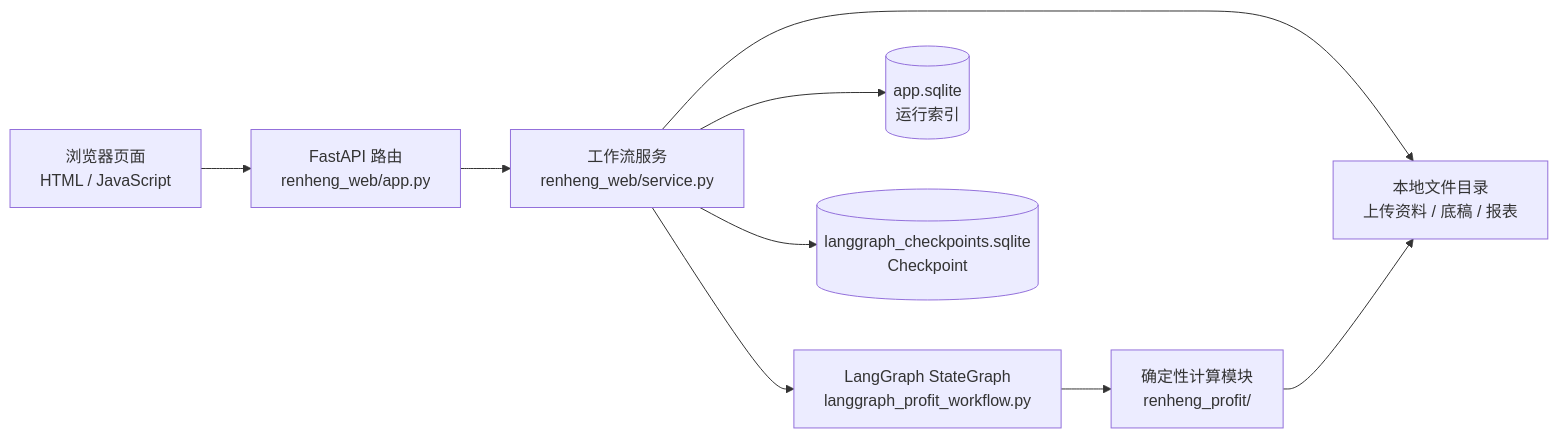
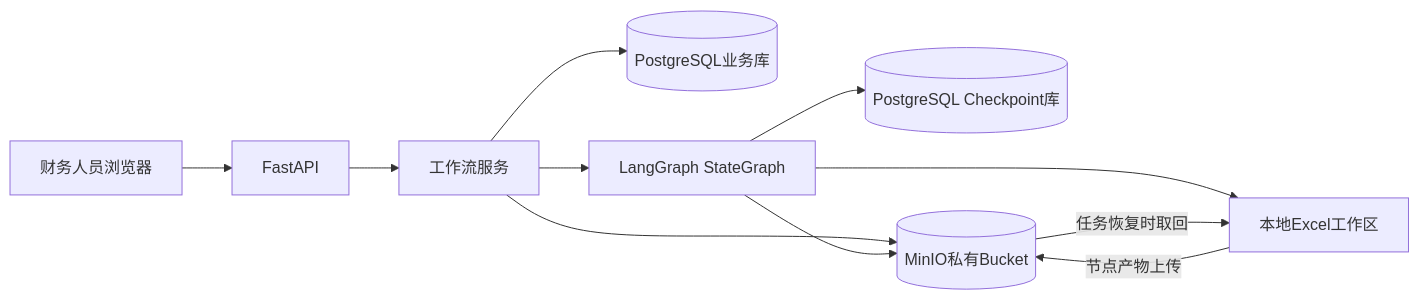
The diagram in README.md (wanghao-ship-it/consolidated-profit), drawn with Mermaid before and after one commit. The commit also changed other lines of this file and 24 other files, not shown here.

Commit message:
Migrate workflow storage to PostgreSQL and MinIO

````diff
--- a/README.md
+++ b/README.md
@@ -21,11 +7,13 @@
 ```mermaid
 flowchart LR
-    U[浏览器页面<br/>HTML / JavaScript] --> A[FastAPI 路由<br/>renheng_web/app.py]
-    A --> S[工作流服务<br/>renheng_web/service.py]
-    S --> G[LangGraph StateGraph<br/>langgraph_profit_workflow.py]
-    G --> C[确定性计算模块<br/>renheng_profit/]
-    S --> DB[(app.sqlite<br/>运行索引)]
-    S --> CP[(langgraph_checkpoints.sqlite<br/>Checkpoint)]
-    S --> F[本地文件目录<br/>上传资料 / 底稿 / 报表]
-    C --> F
+    U[财务人员浏览器] --> A[FastAPI]
+    A --> S[工作流服务]
+    S --> B[(PostgreSQL业务库)]
+    S --> G[LangGraph StateGraph]
+    G --> C[(PostgreSQL Checkpoint库)]
+    S --> M[(MinIO私有Bucket)]
+    G --> M
+    G --> W[本地Excel工作区]
+    W -->|节点产物上传| M
+    M -->|任务恢复时取回| W
 ```
````
